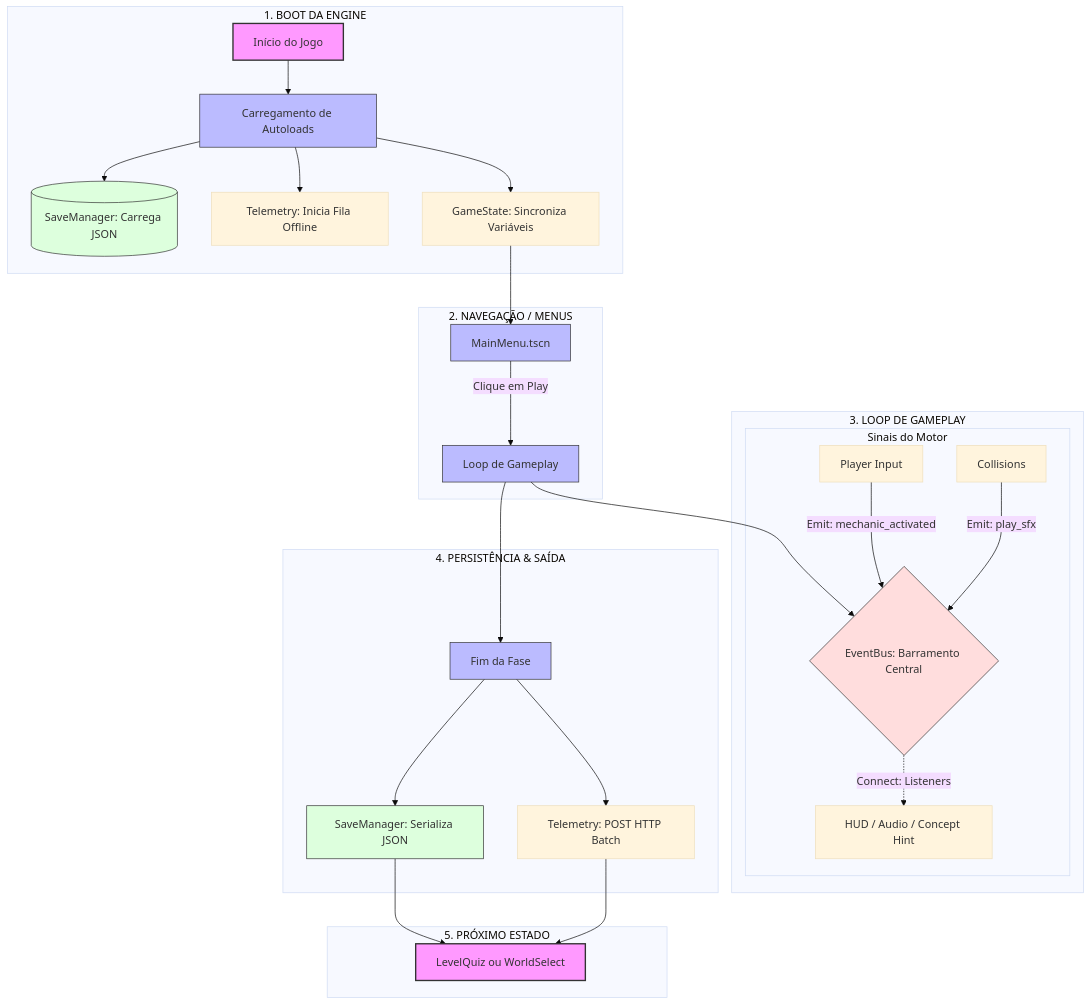
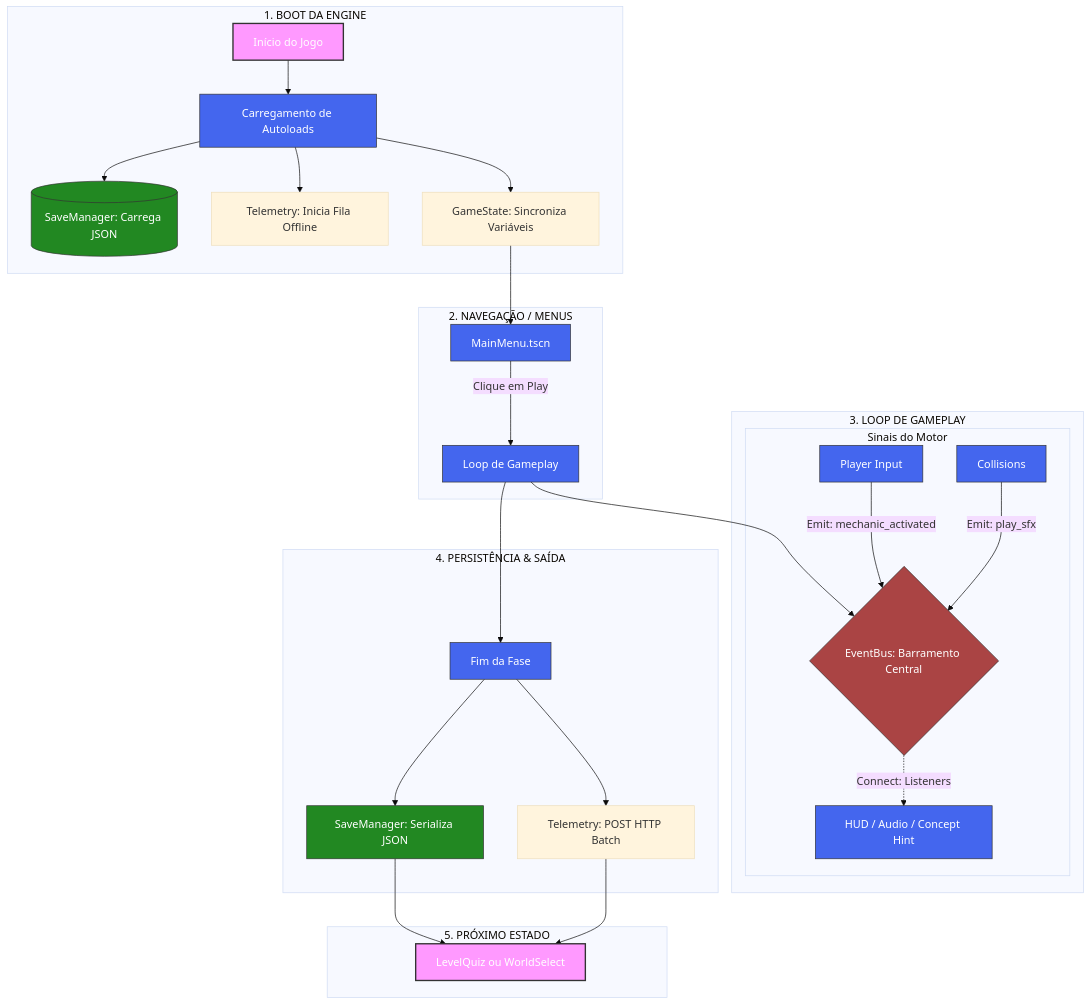
The diagram in docs/technical/estrutura_projeto.md (CaputiDev/code-game), drawn with Mermaid (base theme) before and after one commit.

Commit message:
chore: improve mermaid graph readeability

````diff
--- a/docs/technical/estrutura_projeto.md
+++ b/docs/technical/estrutura_projeto.md
@@ -9,46 +9,49 @@
 ```mermaid
 graph TD
-    %% Estilização
-    classDef startEnd fill:#f9f,stroke:#333,stroke-width:2px;
-    classDef process fill:#bbf,stroke:#333,stroke-width:1px;
-    classDef storage fill:#dfd,stroke:#333,stroke-width:1px;
-    classDef event fill:#fdd,stroke:#333,stroke-width:1px;
+    %% Configuração Global de Cores
+    %% (Força o texto geral e das setas para branco/claro)
+    %% Note: Dependendo do visualizador, 'color' nas classes é o mais eficaz.
+
+    classDef startEnd fill:#f9f,stroke:#333,stroke-width:2px,color:#fff;
+    classDef process fill:#4466ee,stroke:#333,stroke-width:1px,color:#fff;
+    classDef storage fill:#228822,stroke:#333,stroke-width:1px,color:#fff;
+    classDef event fill:#aa4444,stroke:#333,stroke-width:1px,color:#fff;
 
     subgraph Boot ["1. BOOT DA ENGINE"]
         A[Início do Jogo] --> B[Carregamento de Autoloads]
         B --> B1[(SaveManager: Carrega JSON)]
         B --> B2[Telemetry: Inicia Fila Offline]
         B --> B3[GameState: Sincroniza Variáveis]
     end
 
     subgraph Nav ["2. NAVEGAÇÃO / MENUS"]
         B3 --> C[MainMenu.tscn]
         C -- Clique em Play --> D[Loop de Gameplay]
     end
 
     subgraph Loop ["3. LOOP DE GAMEPLAY"]
         D --> E{EventBus: Barramento Central}
         
         subgraph Signals ["Sinais do Motor"]
             S1[Player Input] -->|Emit: mechanic_activated| E
             S2[Collisions] -->|Emit: play_sfx| E
             E -.->|Connect: Listeners| S3[HUD / Audio / Concept Hint]
         end
     end
 
     subgraph Persist ["4. PERSISTÊNCIA & SAÍDA"]
         D --> F[Fim da Fase]
         F --> G[SaveManager: Serializa JSON]
         F --> H[Telemetry: POST HTTP Batch]
     end
 
     subgraph Next ["5. PRÓXIMO ESTADO"]
         G & H --> I[LevelQuiz ou WorldSelect]
     end
 
-    %% Classes de Estilo
+    %% Aplicação das Classes
     class A,I startEnd;
-    class B,C,D,F process;
+    class B,C,D,F,S1,S2,S3 process;
     class B1,G storage;
     class E event;
 ```
````
